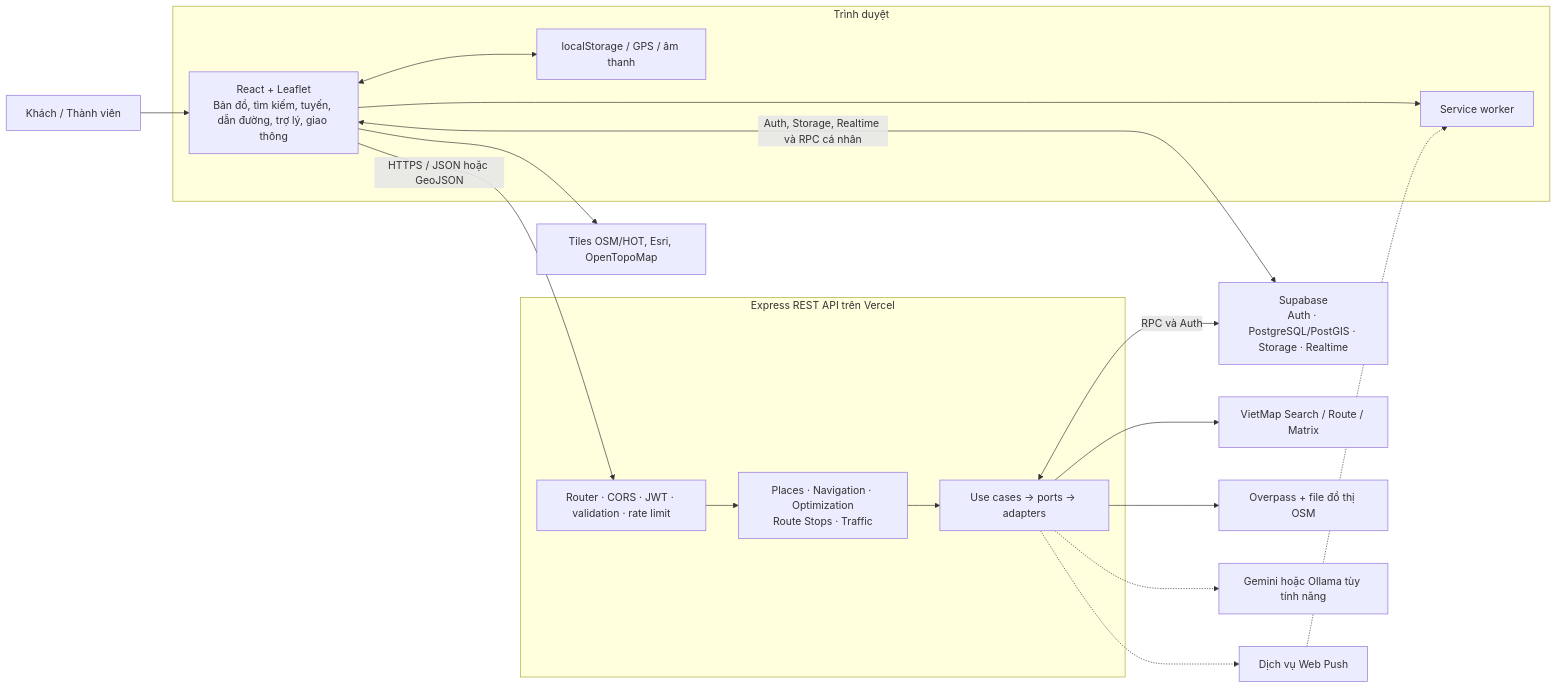
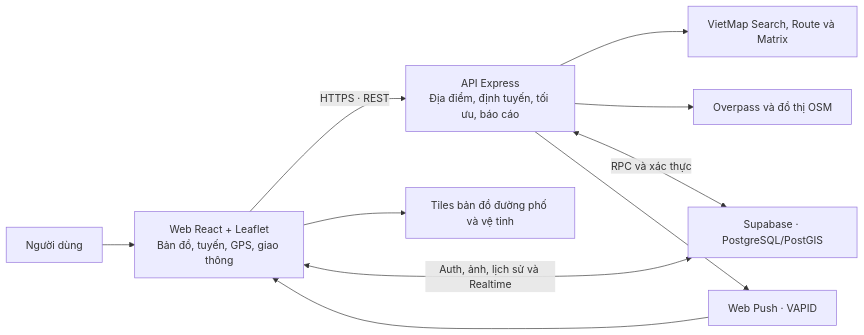
The diagram in README.md (dpm14092006-UIT/iMap), drawn with Mermaid before and after one commit. The commit also changed other lines of this file, not shown here.

Commit message:
docs: keep README focused on deployed iMap features

````diff
--- a/README.md
+++ b/README.md
@@ -65,24 +29,12 @@
 ```mermaid
 flowchart LR
-    U["Khách / Thành viên"] --> W
-    subgraph Browser["Trình duyệt"]
-      W["React + Leaflet<br/>Bản đồ, tìm kiếm, tuyến, dẫn đường, trợ lý, giao thông"]
-      W <--> L["localStorage / GPS / âm thanh"]
-      W --> SW["Service worker"]
-    end
-    subgraph Server["Express REST API trên Vercel"]
-      H["Router · CORS · JWT · validation · rate limit"]
-      M["Places · Navigation · Optimization<br/>Route Stops · Traffic"]
-      A["Use cases → ports → adapters"]
-      H --> M --> A
-    end
-    W -->|"HTTPS / JSON hoặc GeoJSON"| H
-    W <-->|"Auth, Storage, Realtime và RPC cá nhân"| S["Supabase<br/>Auth · PostgreSQL/PostGIS · Storage · Realtime"]
-    A <-->|"RPC và Auth"| S
-    A --> V["VietMap Search / Route / Matrix"]
-    A --> O["Overpass + file đồ thị OSM"]
-    A -.-> AI["Gemini hoặc Ollama tùy tính năng"]
-    W --> T["Tiles OSM/HOT, Esri, OpenTopoMap"]
-    A -.-> P["Dịch vụ Web Push"]
-    P -.-> SW
+    U["Người dùng"] --> W["Web React + Leaflet<br/>Bản đồ, tuyến, GPS, giao thông"]
+    W -->|"HTTPS · REST"| A["API Express<br/>Địa điểm, định tuyến, tối ưu, báo cáo"]
+    A --> V["VietMap Search, Route và Matrix"]
+    A --> O["Overpass và đồ thị OSM"]
+    W --> B["Tiles bản đồ đường phố và vệ tinh"]
+    W <-->|"Auth, ảnh, lịch sử và Realtime"| S["Supabase · PostgreSQL/PostGIS"]
+    A <-->|"RPC và xác thực"| S
+    A --> P["Web Push · VAPID"]
+    P --> W
 ```
````
